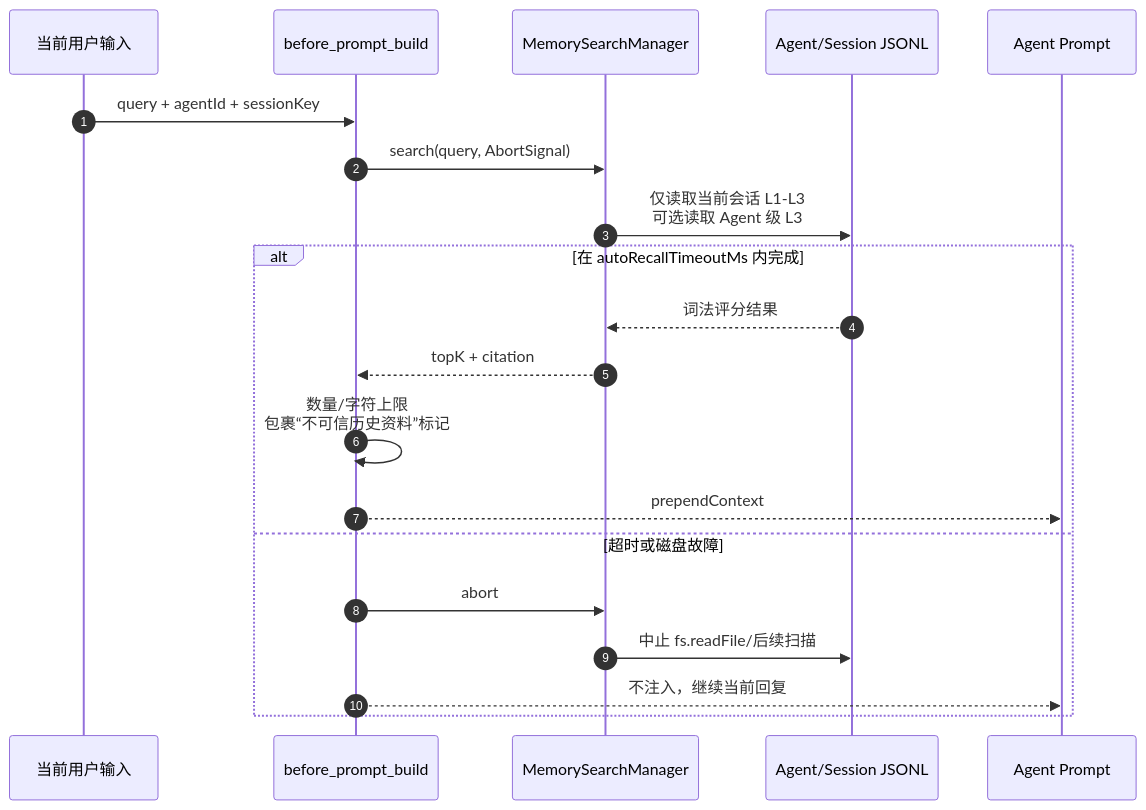
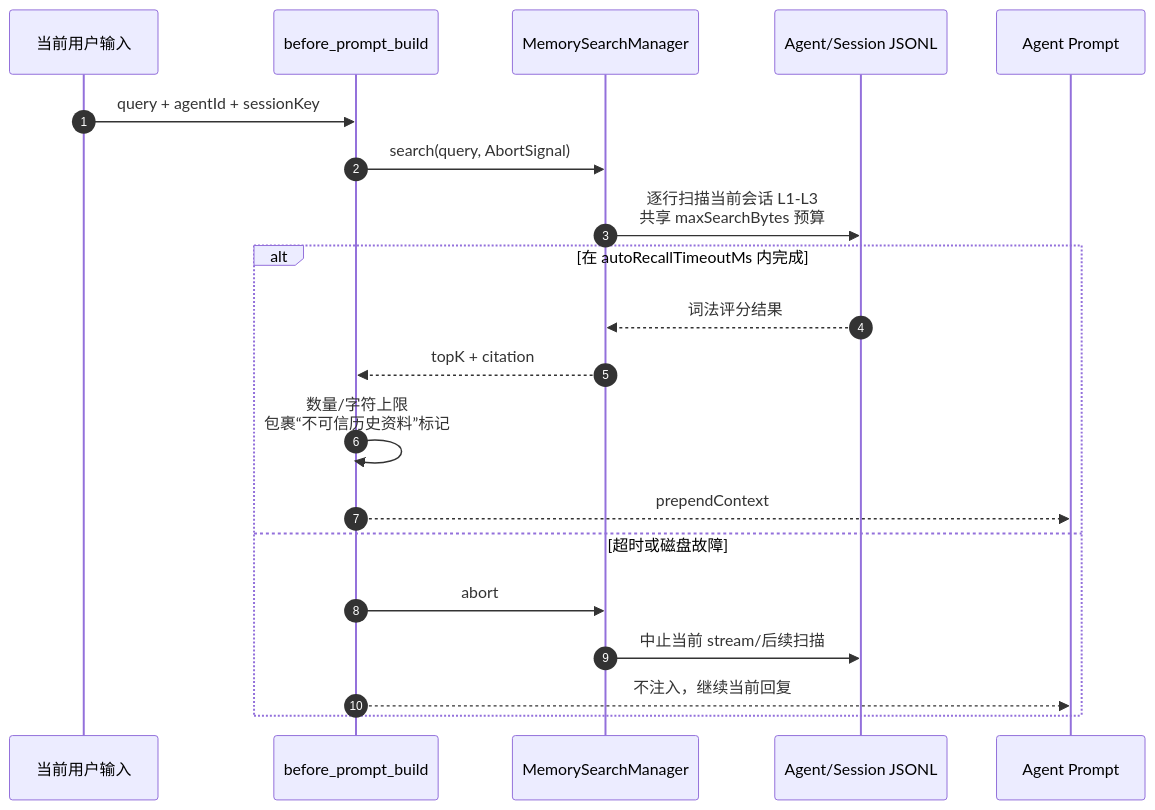
One commit to partme-ai/openclaw-plugins changed the second of 3 diagrams in extensions/memory/README.zh-CN.md. Above: the diagram before and after it, drawn with Mermaid. The commit also changed other lines of this file and 91 other files, not shown here.

````diff
--- a/extensions/memory/README.zh-CN.md
+++ b/extensions/memory/README.zh-CN.md
@@ -52,23 +71,23 @@
 ```mermaid
 sequenceDiagram
     autonumber
     participant U as 当前用户输入
     participant H as before_prompt_build
     participant M as MemorySearchManager
     participant F as Agent/Session JSONL
     participant P as Agent Prompt
 
     U->>H: query + agentId + sessionKey
     H->>M: search(query, AbortSignal)
-    M->>F: 仅读取当前会话 L1-L3<br/>可选读取 Agent 级 L3
+    M->>F: 逐行扫描当前会话 L1-L3<br/>共享 maxSearchBytes 预算
     alt 在 autoRecallTimeoutMs 内完成
         F-->>M: 词法评分结果
         M-->>H: topK + citation
         H->>H: 数量/字符上限<br/>包裹“不可信历史资料”标记
         H-->>P: prependContext
     else 超时或磁盘故障
         H->>M: abort
-        M->>F: 中止 fs.readFile/后续扫描
+        M->>F: 中止当前 stream/后续扫描
         H-->>P: 不注入，继续当前回复
     end
 ```
````
